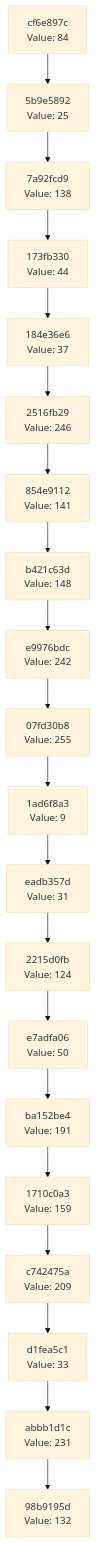
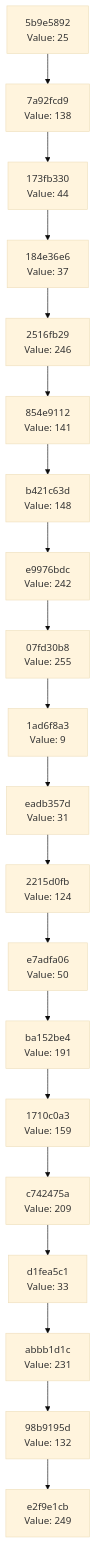
The diagram in docs/CHAIN_VISUALIZATION.md (Abhisheksinha1506/hash-chain-evolver), drawn with Mermaid (base theme) before and after one commit. The commit also changed 2 other files, not shown here.

Commit message:
Evolution Step

````diff
--- a/docs/CHAIN_VISUALIZATION.md
+++ b/docs/CHAIN_VISUALIZATION.md
@@ -3,42 +3,42 @@
 ```mermaid
 graph TD
-    C0["98b9195d<br/>Value: 132"]
-    C1["abbb1d1c<br/>Value: 231"]
+    C0["e2f9e1cb<br/>Value: 249"]
+    C1["98b9195d<br/>Value: 132"]
     C1 --> C0
-    C2["d1fea5c1<br/>Value: 33"]
+    C2["abbb1d1c<br/>Value: 231"]
     C2 --> C1
-    C3["c742475a<br/>Value: 209"]
+    C3["d1fea5c1<br/>Value: 33"]
     C3 --> C2
-    C4["1710c0a3<br/>Value: 159"]
+    C4["c742475a<br/>Value: 209"]
     C4 --> C3
-    C5["ba152be4<br/>Value: 191"]
+    C5["1710c0a3<br/>Value: 159"]
     C5 --> C4
-    C6["e7adfa06<br/>Value: 50"]
+    C6["ba152be4<br/>Value: 191"]
     C6 --> C5
-    C7["2215d0fb<br/>Value: 124"]
+    C7["e7adfa06<br/>Value: 50"]
     C7 --> C6
-    C8["eadb357d<br/>Value: 31"]
+    C8["2215d0fb<br/>Value: 124"]
     C8 --> C7
-    C9["1ad6f8a3<br/>Value: 9"]
+    C9["eadb357d<br/>Value: 31"]
     C9 --> C8
-    C10["07fd30b8<br/>Value: 255"]
+    C10["1ad6f8a3<br/>Value: 9"]
     C10 --> C9
-    C11["e9976bdc<br/>Value: 242"]
+    C11["07fd30b8<br/>Value: 255"]
     C11 --> C10
-    C12["b421c63d<br/>Value: 148"]
+    C12["e9976bdc<br/>Value: 242"]
     C12 --> C11
-    C13["854e9112<br/>Value: 141"]
+    C13["b421c63d<br/>Value: 148"]
     C13 --> C12
-    C14["2516fb29<br/>Value: 246"]
+    C14["854e9112<br/>Value: 141"]
     C14 --> C13
-    C15["184e36e6<br/>Value: 37"]
+    C15["2516fb29<br/>Value: 246"]
     C15 --> C14
-    C16["173fb330<br/>Value: 44"]
+    C16["184e36e6<br/>Value: 37"]
     C16 --> C15
-    C17["7a92fcd9<br/>Value: 138"]
+    C17["173fb330<br/>Value: 44"]
     C17 --> C16
-    C18["5b9e5892<br/>Value: 25"]
+    C18["7a92fcd9<br/>Value: 138"]
     C18 --> C17
-    C19["cf6e897c<br/>Value: 84"]
+    C19["5b9e5892<br/>Value: 25"]
     C19 --> C18
 ```
````
